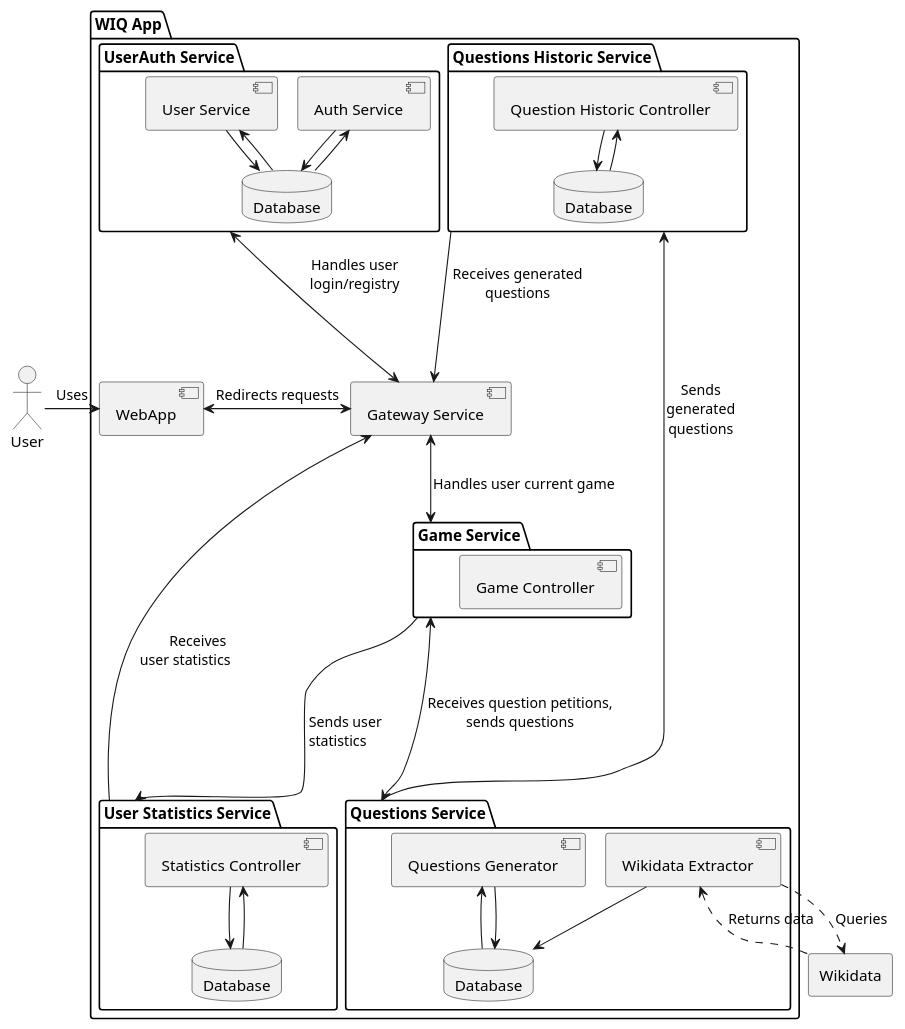
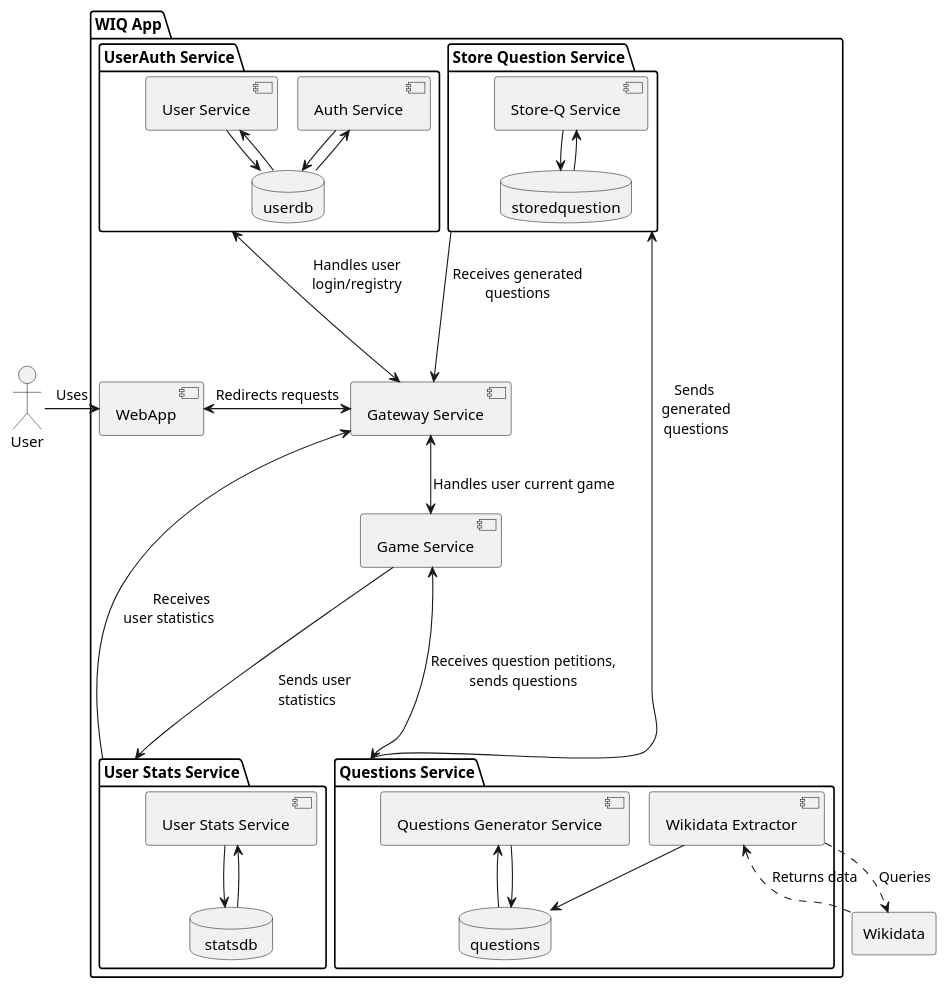
The third of 3 diagrams in docs/src/05_building_block_view.adoc (Arquisoft/wiq_es6c), drawn with PlantUML before and after one commit. The commit also changed other lines of this file and 1 other file, not shown here.

Commit message:
Corregidos nombres y puertos en los diagramas de construcción y despliegue

```diff
--- a/docs/src/05_building_block_view.adoc
+++ b/docs/src/05_building_block_view.adoc
@@ -78,66 +78,63 @@
 [plantuml,"Level 3 Diagram",png]
 ----
 !pragma layout smetana
 
 actor "User"
 rectangle "Wikidata"
 
 package "WIQ App"{
 
     component "WebApp"
     component "Gateway Service" as GatewayS
 
-    package "Game Service" {
-        component "Game Controller"
+    component "Game Service" 
+        package "Store Question Service" as QHS{
+        component "Store-Q Service" as QHController
+        database "storedquestion" as QhDB
     }
-
-    package "User Statistics Service" as USS {
-        component "Statistics Controller"
-        database "Database" as USDB
-    }
-
-    package "Questions Historic Service" as QHS{
-        component "Question Historic Controller" as QHController
-        database "Database" as QhDB
-    }
-    package "Questions Service"{
-        component "Wikidata Extractor"
-        component "Questions Generator"
-        database "Database" as QSDB
+    package "User Stats Service" as USS {
+        component "User Stats Service"
+        database " statsdb " as USDB
     }
     package "UserAuth Service" {
         component "Auth Service"
         component "User Service"
-        database "Database" as UADB
+        database "userdb" as UADB
+    }
+
+    package "Questions Service"{
+        component "Wikidata Extractor"
+        component "Questions Generator Service"
+        database "questions" as QSDB
     }
 }
 
 User -right-> WebApp : Uses
 WebApp <-right-> GatewayS: Redirects requests
 
 GatewayS <--up--> "UserAuth Service" : "Handles user\nlogin/registry"
-GatewayS <-down-> "Game Service" : "Handles user current game\n"
+GatewayS <-down-> "Game Service" : "Handles user current game"
 GatewayS <--up-- "QHS" : "\nReceives generated\nquestions"
 GatewayS <--- "USS" : "Receives\t\t\t\nuser statistics\t\t\t"
 
 "Game Service" <---> "Questions Service" : "Receives question petitions,\nsends questions\n\n"
 "Game Service" ---> "USS" : "Sends user\t\nstatistics\t\t"
-"Questions Service" -up-> "QHS" : "Sends\ngenerated\nquestions"
+"Questions Service" -up-> "QHS" : " Sends\n  generated\n  questions"
 
 "Wikidata" .up.> "Wikidata Extractor" : "Returns data"
 "Wikidata" <.up. "Wikidata Extractor" : "Queries"
 "Wikidata Extractor" --> QSDB
-"Questions Generator" <-- QSDB
-"Questions Generator" --> QSDB
+"Questions Generator Service" <-- QSDB
+"Questions Generator Service" --> QSDB
 
 "QHController" --> QhDB
 "QHController" <-- QhDB
 
-"Statistics Controller" --> USDB
-"Statistics Controller" <-- USDB
+"User Stats Service" --> USDB
+"User Stats Service" <-- USDB
 
 "Auth Service" --> UADB
 "Auth Service" <-- UADB
 "User Service" --> UADB
 "User Service" <-- UADB
 ----
```
